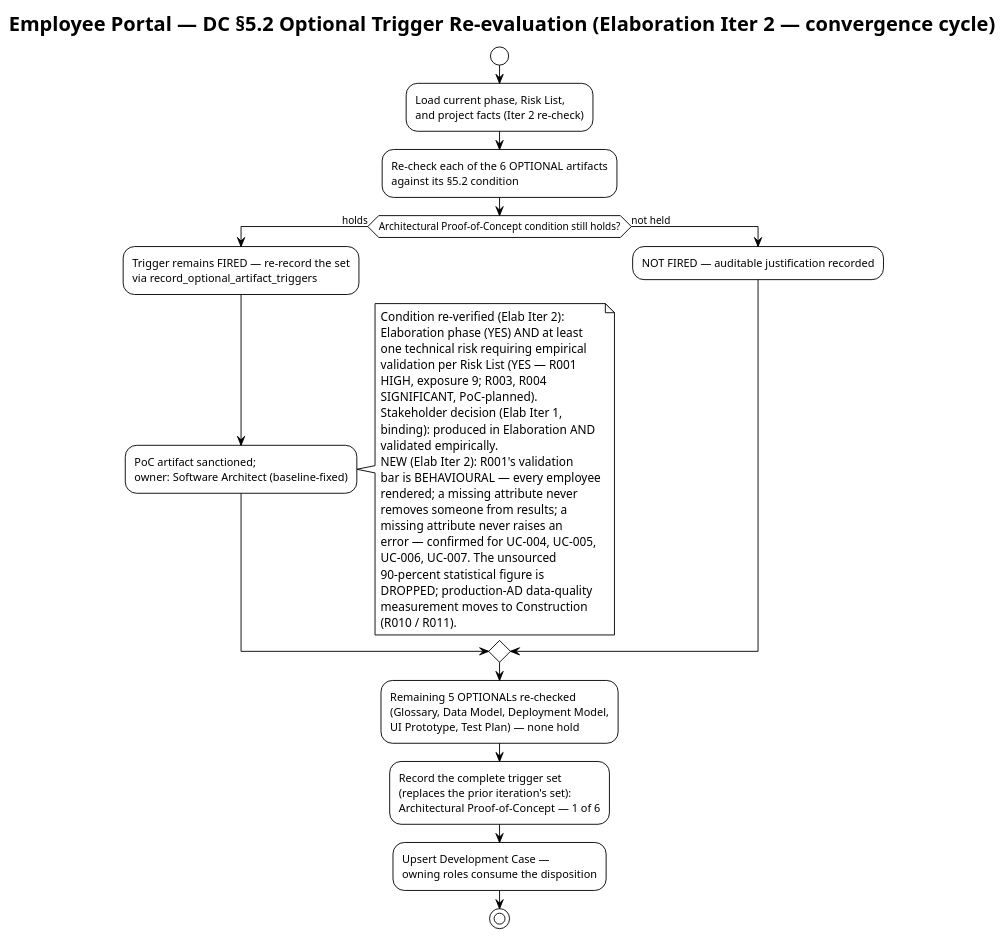
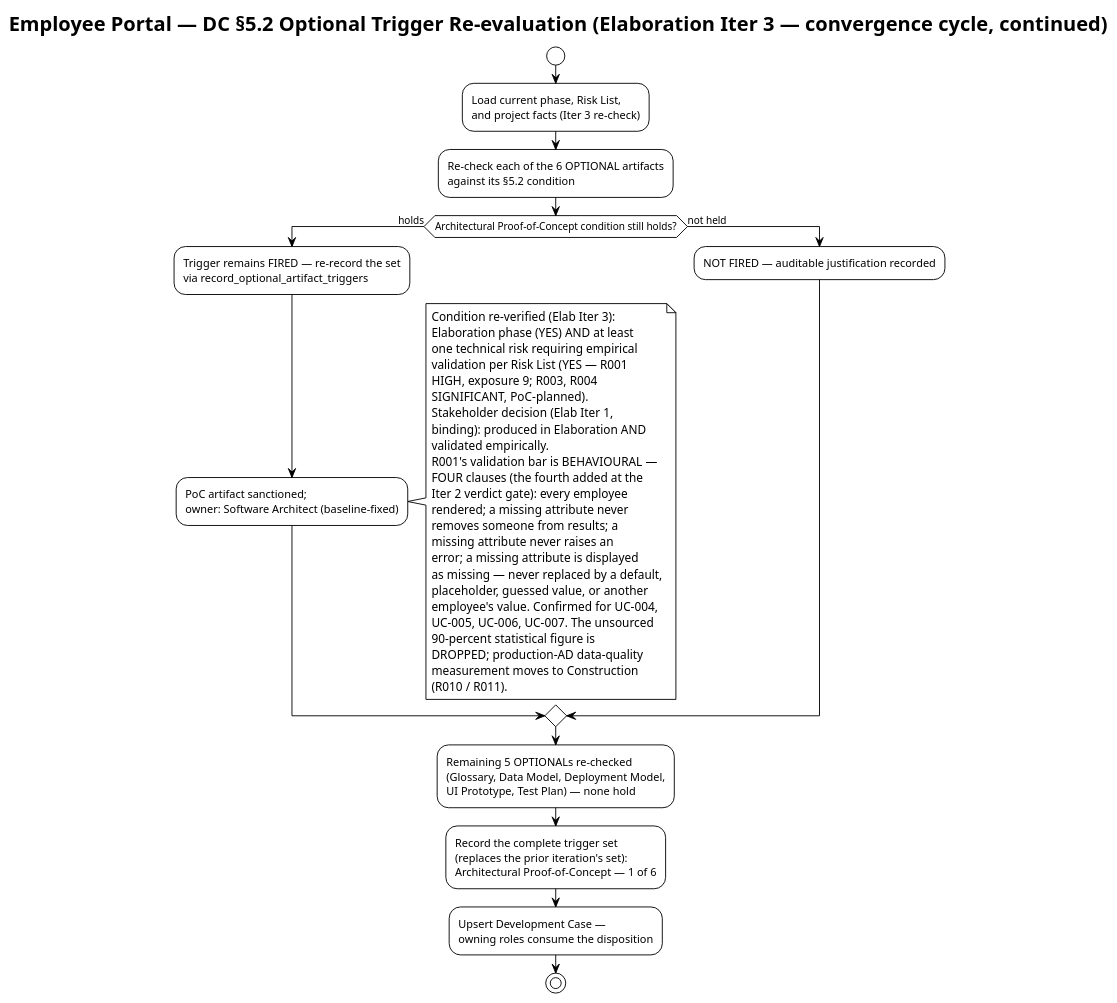
One commit to banense-test/employee-portal changed the second of 4 diagrams in docs/artifacts/environment/development-case.md. Above: the diagram before and after it, drawn with PlantUML. The commit also changed other lines of this file, not shown here.

````diff
--- a/docs/artifacts/environment/development-case.md
+++ b/docs/artifacts/environment/development-case.md
@@ -140,49 +140,53 @@
 ```plantuml
 @startuml
 !theme plain
-title Employee Portal — DC §5.2 Optional Trigger Re-evaluation (Elaboration Iter 2 — convergence cycle)
+title Employee Portal — DC §5.2 Optional Trigger Re-evaluation (Elaboration Iter 3 — convergence cycle, continued)
 
 start
 :Load current phase, Risk List,
-and project facts (Iter 2 re-check);
+and project facts (Iter 3 re-check);
 :Re-check each of the 6 OPTIONAL artifacts
 against its §5.2 condition;
 if (Architectural Proof-of-Concept condition still holds?) then (holds)
   :Trigger remains FIRED — re-record the set\nvia record_optional_artifact_triggers;
   :PoC artifact sanctioned;\nowner: Software Architect (baseline-fixed);
   note right
-    Condition re-verified (Elab Iter 2):
+    Condition re-verified (Elab Iter 3):
     Elaboration phase (YES) AND at least
     one technical risk requiring empirical
     validation per Risk List (YES — R001
     HIGH, exposure 9; R003, R004
     SIGNIFICANT, PoC-planned).
     Stakeholder decision (Elab Iter 1,
     binding): produced in Elaboration AND
     validated empirically.
-    NEW (Elab Iter 2): R001's validation
-    bar is BEHAVIOURAL — every employee
+    R001's validation bar is BEHAVIOURAL —
+    FOUR clauses (the fourth added at the
+    Iter 2 verdict gate): every employee
     rendered; a missing attribute never
     removes someone from results; a
     missing attribute never raises an
-    error — confirmed for UC-004, UC-005,
-    UC-006, UC-007. The unsourced
+    error; a missing attribute is displayed
+    as missing — never replaced by a default,
+    placeholder, guessed value, or another
+    employee's value. Confirmed for UC-004,
+    UC-005, UC-006, UC-007. The unsourced
     90-percent statistical figure is
     DROPPED; production-AD data-quality
     measurement moves to Construction
     (R010 / R011).
   end note
 else (not held)
   :NOT FIRED — auditable justification recorded;
 endif
 :Remaining 5 OPTIONALs re-checked
 (Glossary, Data Model, Deployment Model,
 UI Prototype, Test Plan) — none hold;
 :Record the complete trigger set
 (replaces the prior iteration's set):
 Architectural Proof-of-Concept — 1 of 6;
 :Upsert Development Case —
 owning roles consume the disposition;
 stop
 @enduml
 ```
````
